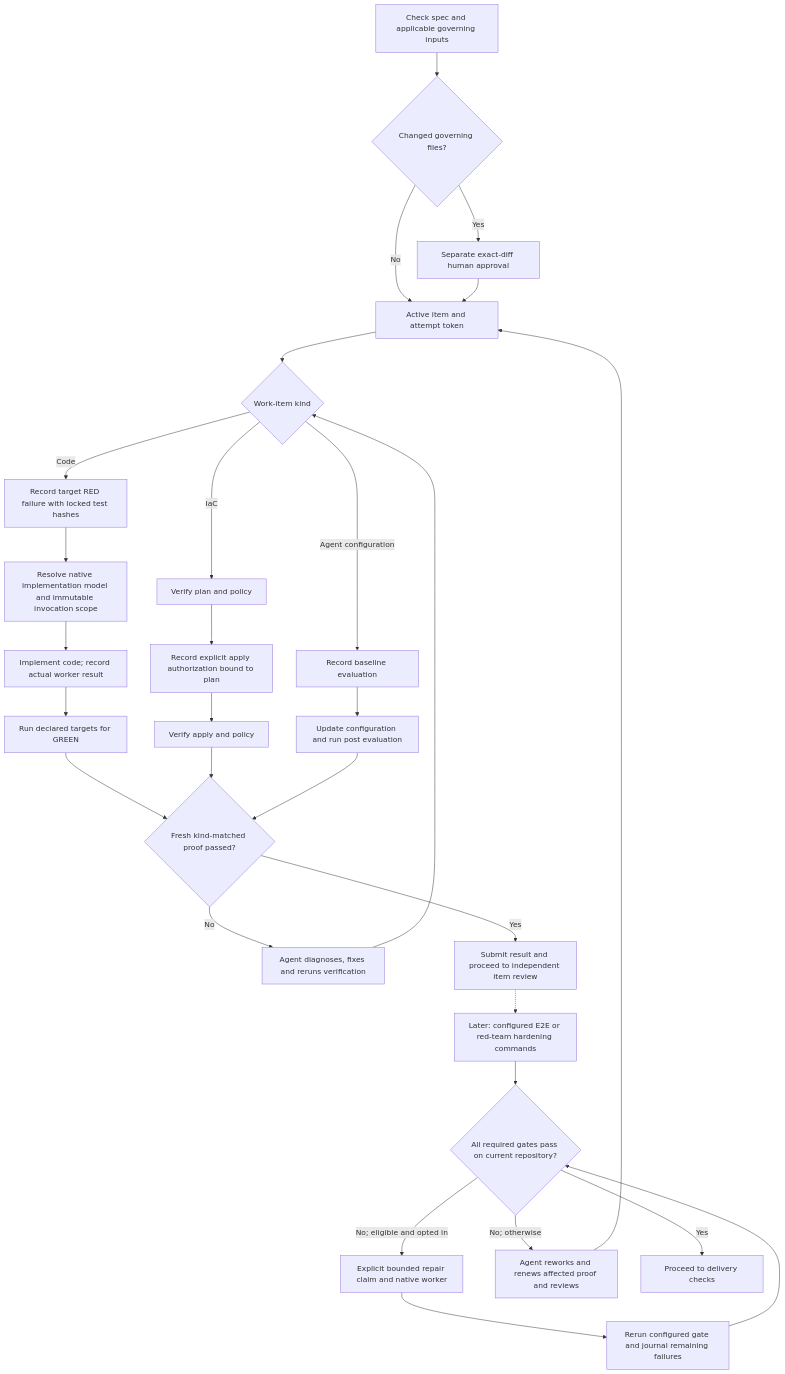
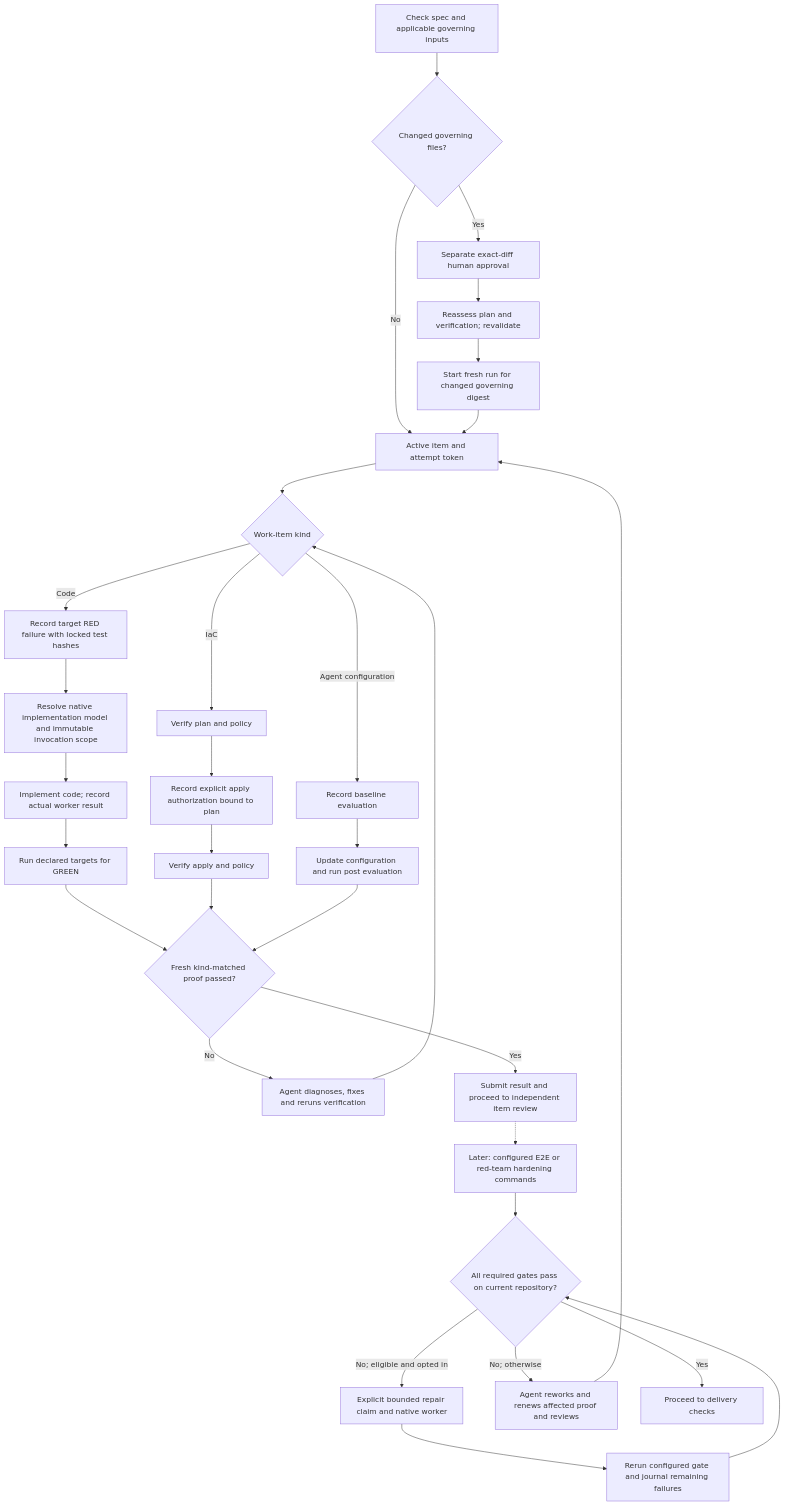
One commit to wgentil/devflow changed the diagram in skills/build-work/SKILL.md. Above: the diagram before and after it, drawn with Mermaid. The commit also changed other lines of this file and 34 other files, not shown here.

````diff
--- a/skills/build-work/SKILL.md
+++ b/skills/build-work/SKILL.md
@@ -10,31 +10,33 @@
 ```mermaid
 flowchart TD
     Inputs["Check spec and applicable governing inputs"] --> Policy{"Changed governing files?"}
     Policy -->|Yes| Approve["Separate exact-diff human approval"]
     Policy -->|No| Attempt
-    Approve --> Attempt
+    Approve --> Reassess["Reassess plan and verification; revalidate"]
+    Reassess --> Fresh["Start fresh run for changed governing digest"]
+    Fresh --> Attempt
     Attempt["Active item and attempt token"] --> Kind{"Work-item kind"}
     Kind -->|Code| Red["Record target RED failure with locked test hashes"]
     Red --> Native["Resolve native implementation model and immutable invocation scope"]
     Native --> Code["Implement code; record actual worker result"]
     Code --> Green["Run declared targets for GREEN"]
     Kind -->|IaC| Plan["Verify plan and policy"]
     Plan --> Auth["Record explicit apply authorization bound to plan"]
     Auth --> Apply["Verify apply and policy"]
     Kind -->|Agent configuration| Baseline["Record baseline evaluation"]
     Baseline --> Config["Update configuration and run post evaluation"]
     Green --> Passed{"Fresh kind-matched proof passed?"}
     Apply --> Passed
     Config --> Passed
     Passed -->|No| Fix["Agent diagnoses, fixes and reruns verification"]
     Fix --> Kind
     Passed -->|Yes| Result["Submit result and proceed to independent item review"]
     Result -.-> Gates["Later: configured E2E or red-team hardening commands"]
     Gates --> GatePass{"All required gates pass on current repository?"}
     GatePass -->|No; eligible and opted in| Repair["Explicit bounded repair claim and native worker"]
     Repair --> Rerun["Rerun configured gate and journal remaining failures"]
     Rerun --> GatePass
     GatePass -->|No; otherwise| Rework["Agent reworks and renews affected proof and reviews"]
     Rework --> Attempt
     GatePass -->|Yes| Delivery["Proceed to delivery checks"]
 ```
````
